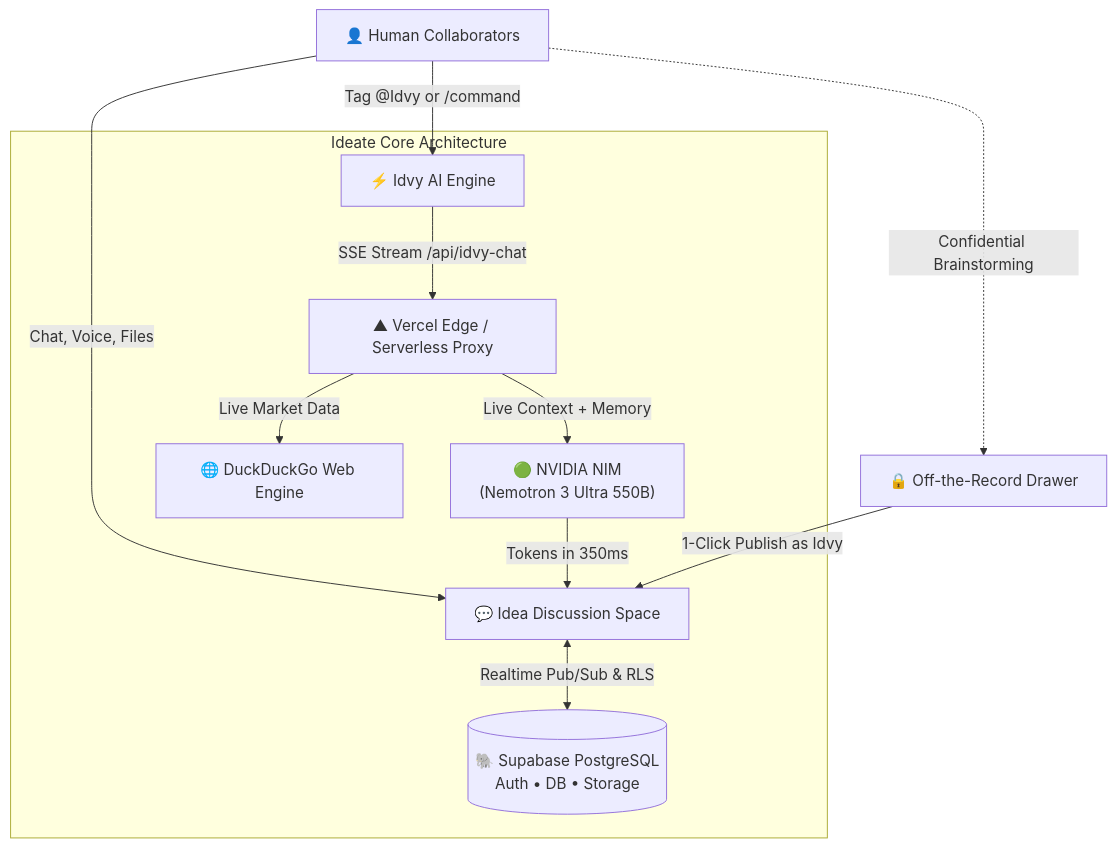
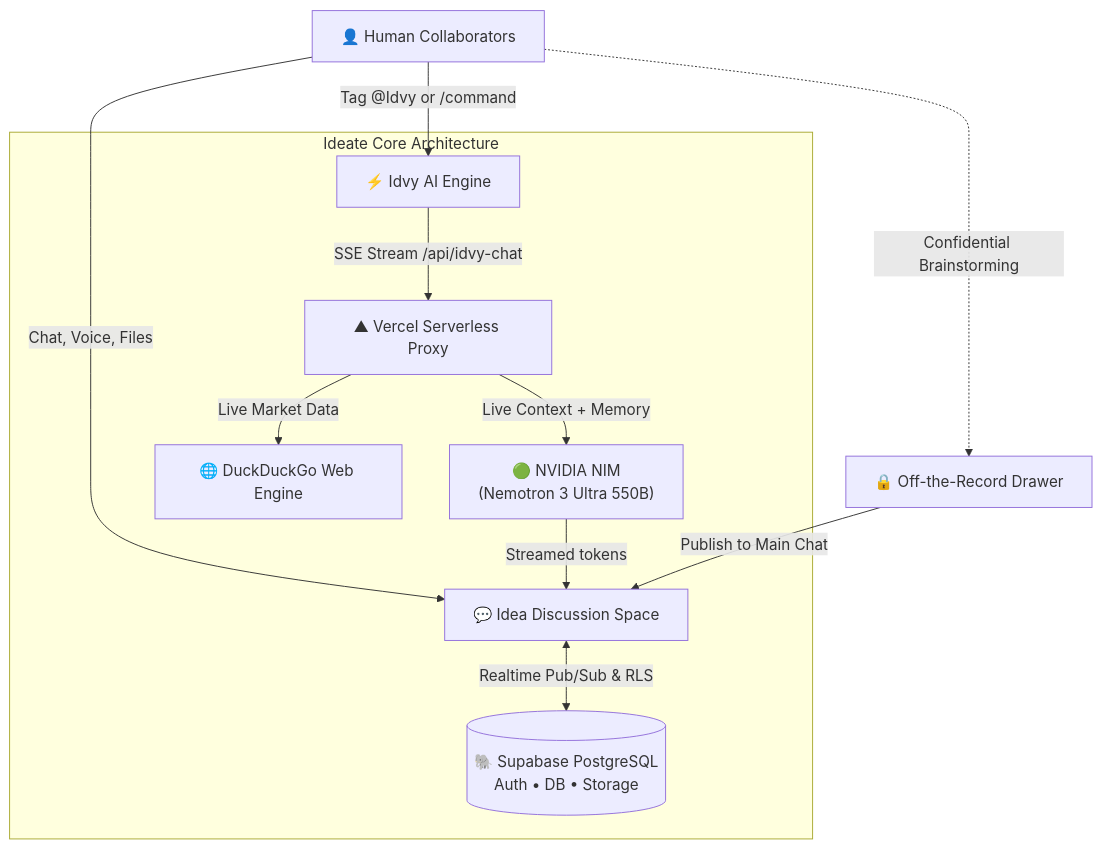
The diagram in README.md (Rahul6158/Ideate), drawn with Mermaid before and after one commit. The commit also changed other lines of this file, not shown here.

````diff
--- a/README.md
+++ b/README.md
@@ -24,16 +73,16 @@
 ```mermaid
 graph TD
     User["👤 Human Collaborators"] -->|Chat, Voice, Files| Board["💬 Idea Discussion Space"]
     User -->|Tag @Idvy or /command| Idvy["⚡ Idvy AI Engine"]
-    
+
     subgraph "Ideate Core Architecture"
         Board <-->|Realtime Pub/Sub & RLS| Supabase[("🐘 Supabase PostgreSQL<br/>Auth • DB • Storage")]
-        Idvy -->|SSE Stream /api/idvy-chat| Vercel["▲ Vercel Edge / Serverless Proxy"]
+        Idvy -->|SSE Stream /api/idvy-chat| Vercel["▲ Vercel Serverless Proxy"]
         Vercel -->|Live Context + Memory| Nvidia["🟢 NVIDIA NIM<br/>(Nemotron 3 Ultra 550B)"]
         Vercel -->|Live Market Data| Search["🌐 DuckDuckGo Web Engine"]
-        Nvidia -->|Tokens in 350ms| Board
+        Nvidia -->|Streamed tokens| Board
     end
 
     User -.->|Confidential Brainstorming| OTR["🔒 Off-the-Record Drawer"]
-    OTR -->|1-Click Publish as Idvy| Board
+    OTR -->|Publish to Main Chat| Board
 ```
````
